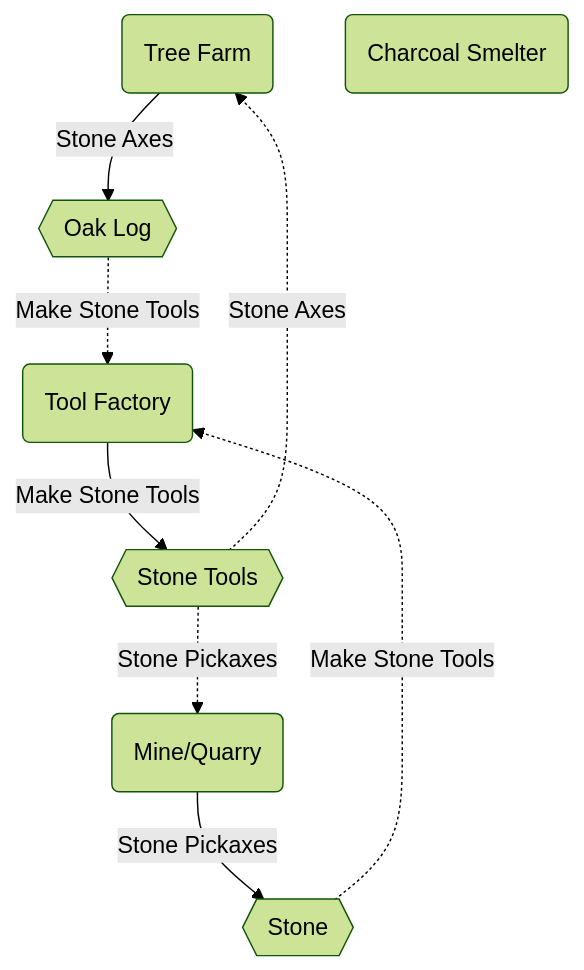
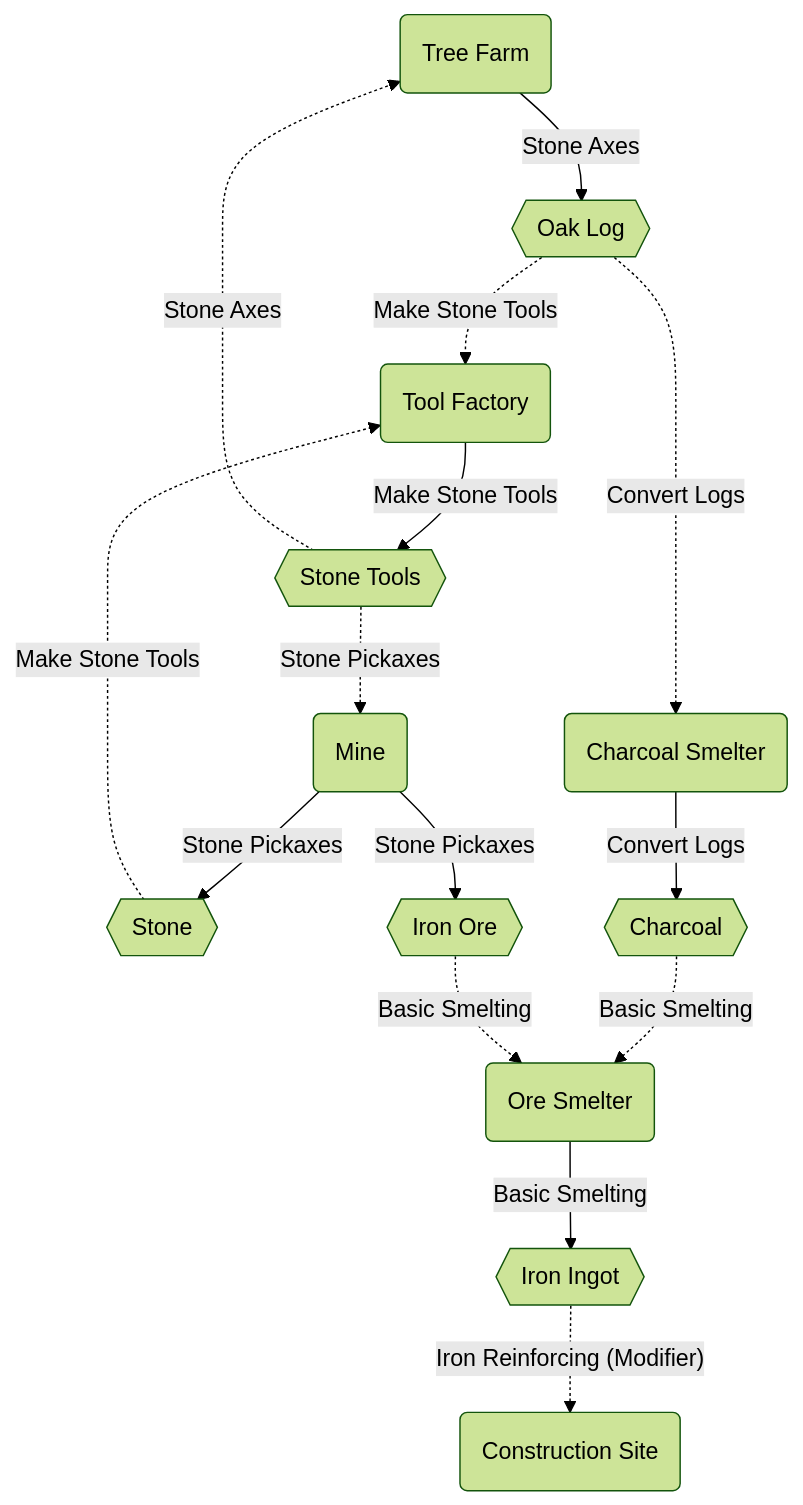
The third of 3 diagrams in README.md (Metriximor/CivVictoria3), drawn with Mermaid (forest theme) before and after one commit. The commit also changed other lines of this file, not shown here.

````diff
--- a/README.md
+++ b/README.md
@@ -46,21 +46,44 @@
 ```mermaid
 flowchart
+    %% Buildings
     treeFarm(Tree Farm)
     toolFactory(Tool Factory)
     charcoalSmelter(Charcoal Smelter)
-    mine(Mine/Quarry)
-    
+    oreSmelter(Ore Smelter)
+    mine(Mine)
+    building(Construction Site)
+        
+    %% Resources
     wood{{Oak Log}}
     stone{{Stone}}
+    charcoal{{Charcoal}}
+    ironOre{{Iron Ore}}
+    ironIngot{{Iron Ingot}}
     stoneTools{{Stone Tools}}
     
+    %% Tree farm
     stoneTools-.Stone Axes.->treeFarm
     treeFarm--Stone Axes-->wood
     
+    %% Tool factory
     wood-.Make Stone Tools.->toolFactory
     stone-.Make Stone Tools.->toolFactory
     toolFactory--Make Stone Tools-->stoneTools
     
+    %% Mine
     stoneTools-.Stone Pickaxes.->mine
     mine--Stone Pickaxes-->stone
+    mine--Stone Pickaxes-->ironOre
+    
+    %% Charcoal Smelter
+    wood-.Convert Logs.->charcoalSmelter
+    charcoalSmelter--Convert Logs-->charcoal
+    
+    %% Ore Smelter
+    charcoal-.Basic Smelting.->oreSmelter
+    ironOre-.Basic Smelting.->oreSmelter
+    oreSmelter--Basic Smelting-->ironIngot
+    
+    %% Building site
+    ironIngot-."Iron Reinforcing (Modifier)".->building
 ```
````
